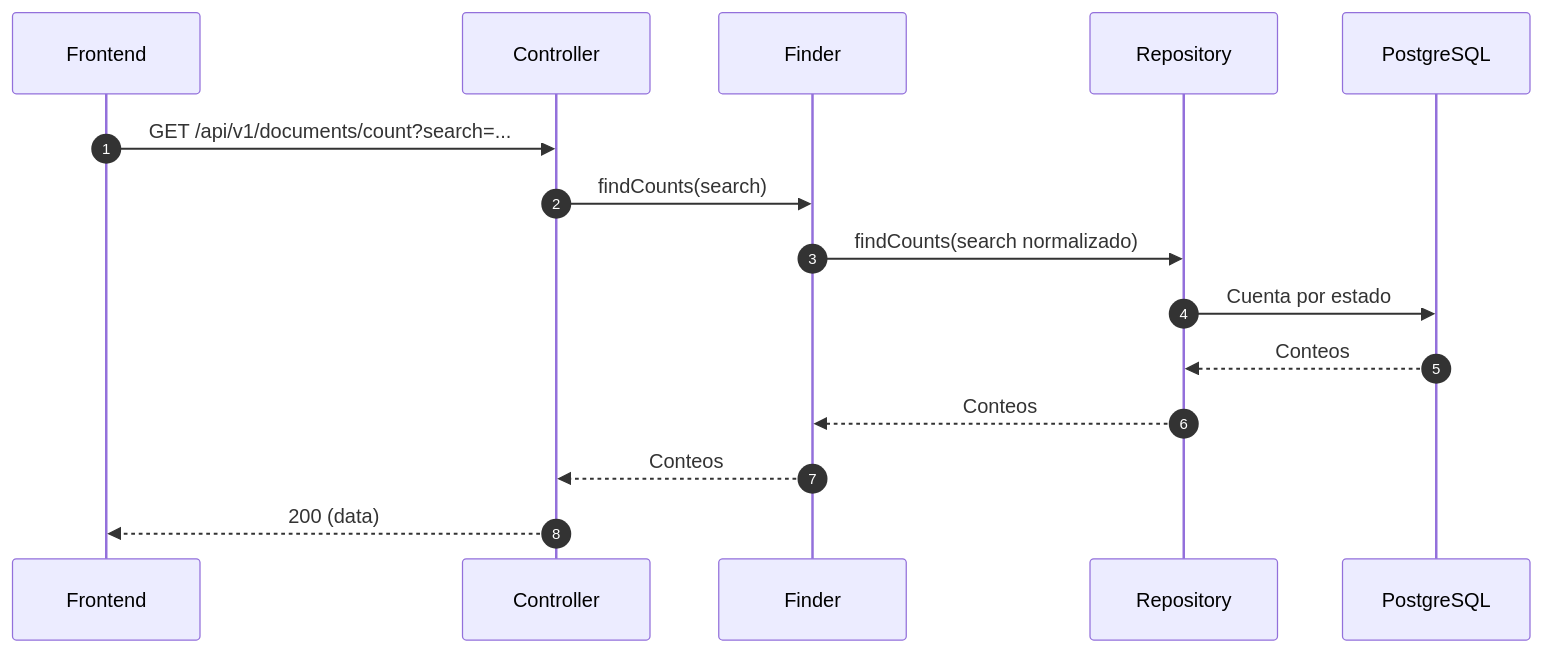
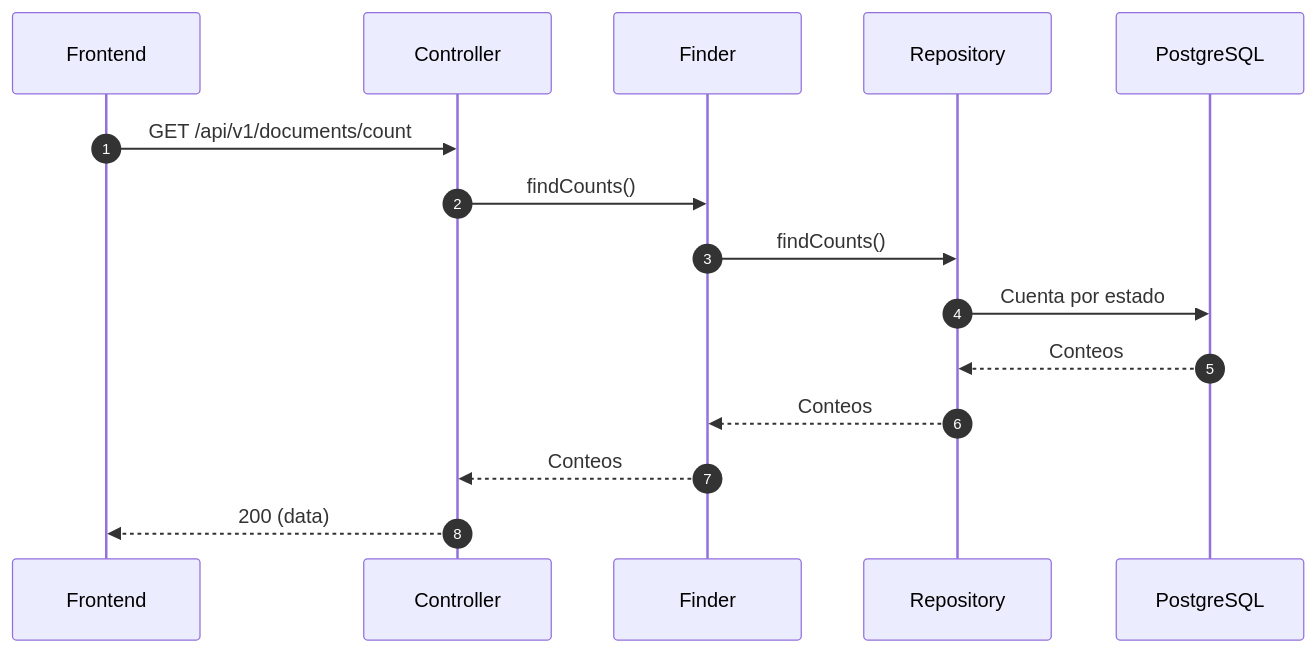
Before and after one commit to danseb93/davivienda-test: the third of 13 diagrams in docs/architecture.md, drawn with Mermaid. The commit also changed other lines of this file and 20 other files, not shown here.

````diff
--- a/docs/architecture.md
+++ b/docs/architecture.md
@@ -78,18 +78,18 @@
 ```mermaid
 sequenceDiagram
     autonumber
    participant U as Frontend
    participant C as Controller
    participant FS as Finder
    participant RP as Repository
    participant DB as PostgreSQL
 
-   U->>C: GET /api/v1/documents/count?search=...
-   C->>FS: findCounts(search)
-   FS->>RP: findCounts(search normalizado)
+   U->>C: GET /api/v1/documents/count
+   C->>FS: findCounts()
+   FS->>RP: findCounts()
    RP->>DB: Cuenta por estado
    DB-->>RP: Conteos
    RP-->>FS: Conteos
    FS-->>C: Conteos
    C-->>U: 200 (data)
 ```
````
